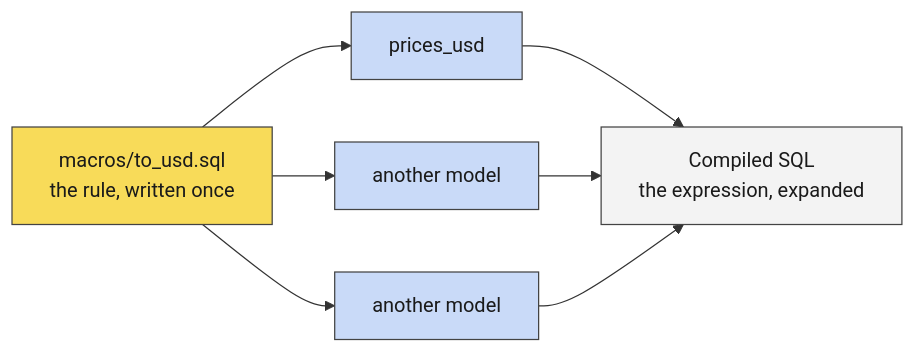
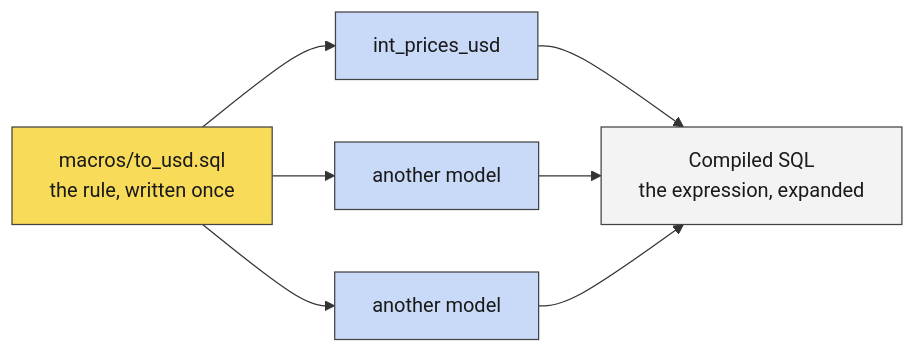
The diagram in courseware/common/diagrams/src/d3-macro.mmd (reachusama-decoded/cg-dxp), drawn with Mermaid before and after one commit. The commit also changed 55 other files, not shown here.

```diff
--- a/courseware/common/diagrams/src/d3-macro.mmd
+++ b/courseware/common/diagrams/src/d3-macro.mmd
@@ -1,17 +1,17 @@
 flowchart LR
-  Mc["macros/to_usd.sql<br/>the rule, written once"] --> M1["prices_usd"]
+  Mc["macros/to_usd.sql<br/>the rule, written once"] --> M1["int_prices_usd"]
   Mc --> M2["another model"]
   Mc --> M3["another model"]
   M1 --> Cp["Compiled SQL<br/>the expression, expanded"]
   M2 --> Cp
   M3 --> Cp
   class Mc focus
   class M1,M2,M3 blue
   class Cp grey
 classDef blue fill:#C9DAF8,stroke:#434343,color:#1a1a1a
 classDef yellow fill:#FFF2CC,stroke:#434343,color:#1a1a1a
 classDef focus fill:#F8DB59,stroke:#434343,color:#1a1a1a
 classDef green fill:#D9EAD3,stroke:#434343,color:#1a1a1a
 classDef aqua fill:#D0E0E3,stroke:#434343,color:#1a1a1a
 classDef grey fill:#F3F3F3,stroke:#434343,color:#1a1a1a
 classDef red fill:#F4CCCC,stroke:#434343,color:#1a1a1a
```
